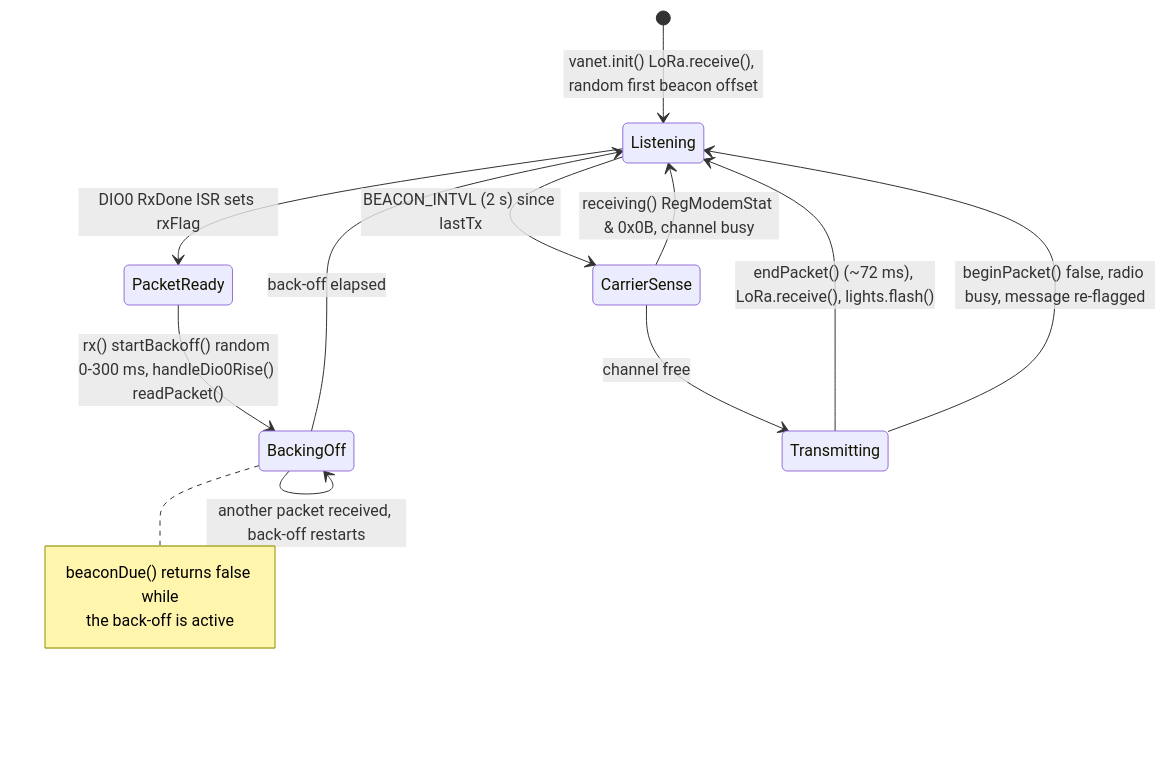
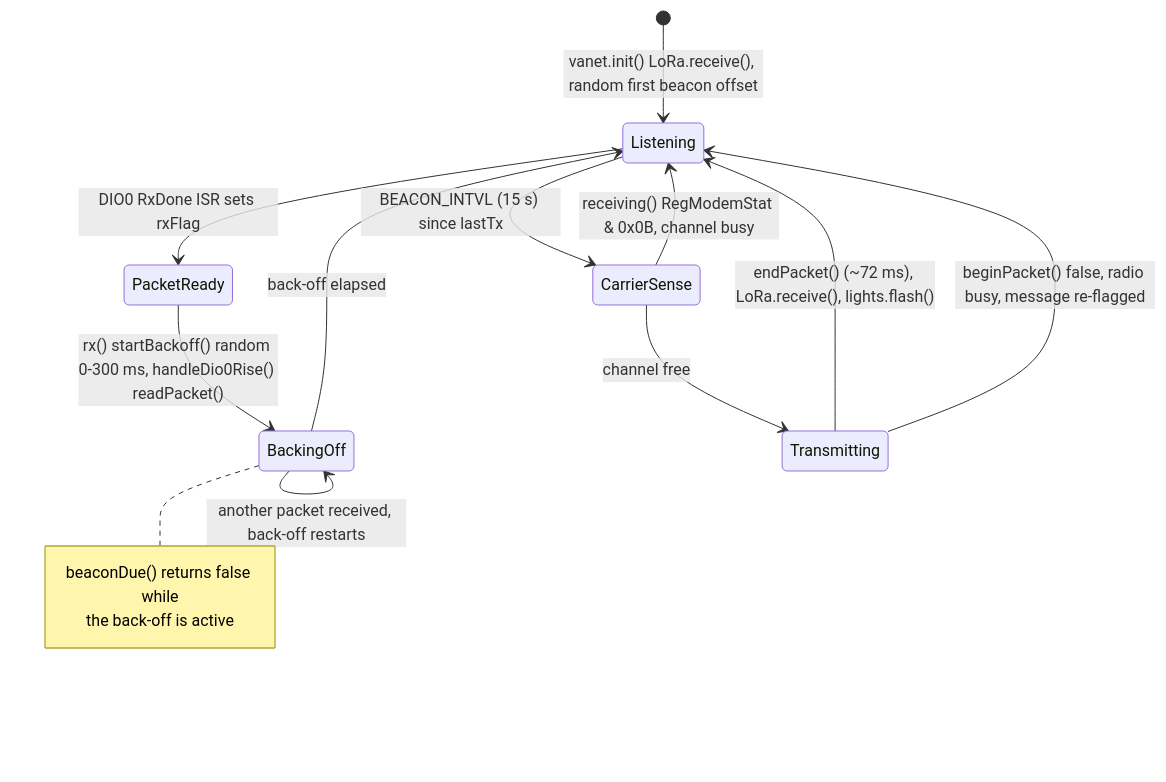
Before and after one commit to Sharaav13/TUKZIE-V2X-VANET: the third of 9 diagrams in firmware/docs/firmware-diagrams.md, drawn with Mermaid. The commit also changed other lines of this file and 50 other files, not shown here.

````diff
--- a/firmware/docs/firmware-diagrams.md
+++ b/firmware/docs/firmware-diagrams.md
@@ -430,21 +425,21 @@
 ```mermaid
 stateDiagram-v2
     [*] --> Listening : vanet.init() LoRa.receive(), random first beacon offset
 
     Listening --> PacketReady : DIO0 RxDone ISR sets rxFlag
     PacketReady --> BackingOff : rx() startBackoff() random 0-300 ms, handleDio0Rise() readPacket()
 
     BackingOff --> BackingOff : another packet received, back-off restarts
     BackingOff --> Listening : back-off elapsed
 
-    Listening --> CarrierSense : BEACON_INTVL (2 s) since lastTx
+    Listening --> CarrierSense : BEACON_INTVL (15 s) since lastTx
     CarrierSense --> Listening : receiving() RegModemStat & 0x0B, channel busy
     CarrierSense --> Transmitting : channel free
     Transmitting --> Listening : endPacket() (~72 ms), LoRa.receive(), lights.flash()
     Transmitting --> Listening : beginPacket() false, radio busy, message re-flagged
 
     note right of BackingOff
         beaconDue() returns false while
         the back-off is active
     end note
 ```
````
